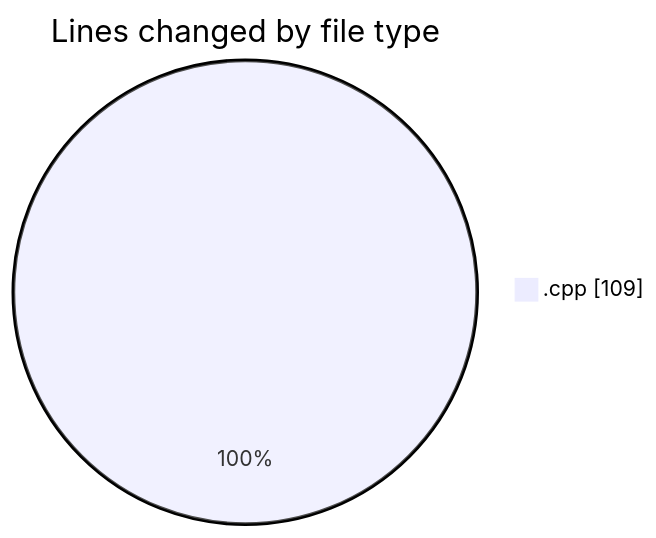
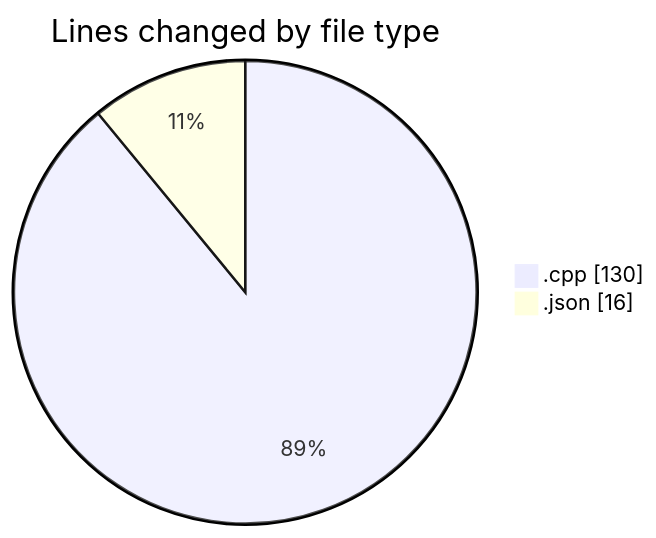
One commit to Netris89/code-tracking changed the first of 2 diagrams in 2025-05-01/date/README.md. Above: the diagram before and after it, drawn with Mermaid. The commit also changed other lines of this file and 1 other file, not shown here.

````diff
--- a/2025-05-01/date/README.md
+++ b/2025-05-01/date/README.md
@@ -20,5 +21,6 @@
 ```mermaid
 pie showData
 title Lines changed by file type
-".cpp" : 109
+".cpp" : 130
+".json" : 16
 ```
````
